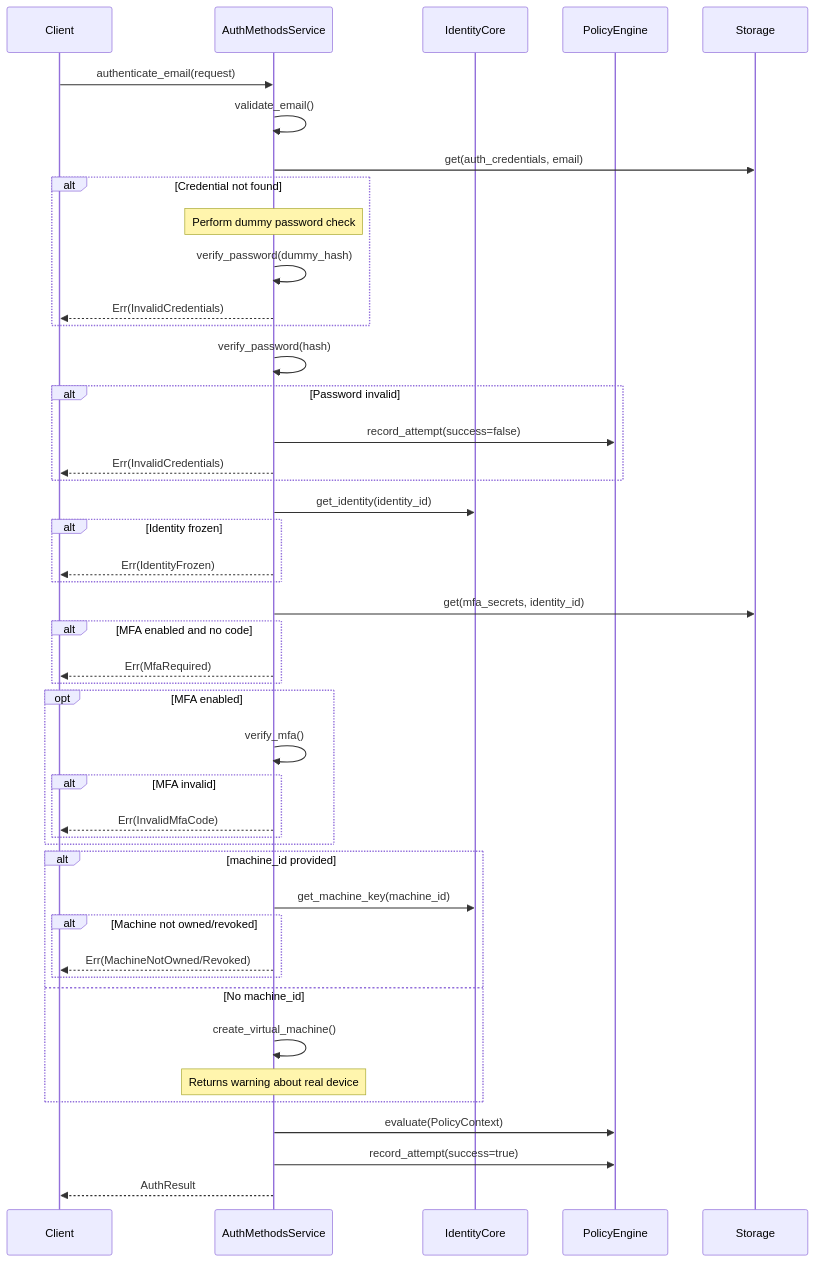
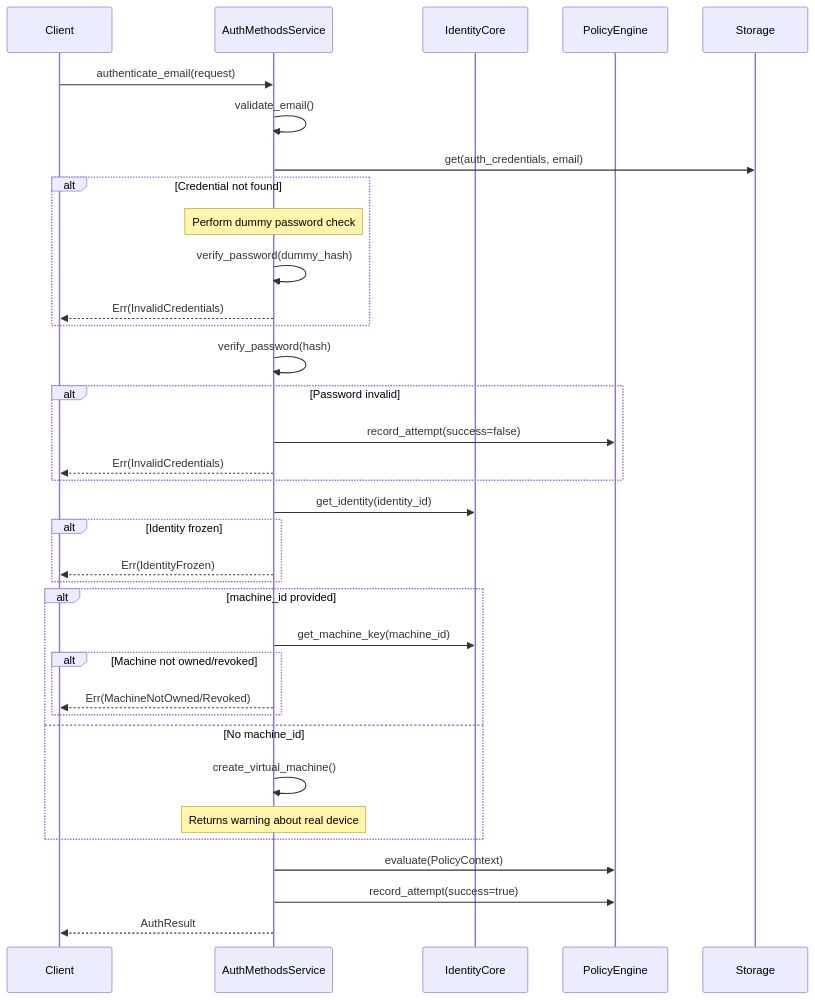
One commit to cypher-asi/zero-auth changed the sixth of 8 diagrams in docs/spec/v0.1.0/07-methods.md. Above: the diagram before and after it, drawn with Mermaid. The commit also changed other lines of this file and 126 other files, not shown here.

````diff
--- a/docs/spec/v0.1.0/07-methods.md
+++ b/docs/spec/v0.1.0/07-methods.md
@@ -630,59 +561,46 @@
 ```mermaid
 sequenceDiagram
     participant Client
     participant Methods as AuthMethodsService
     participant Identity as IdentityCore
     participant Policy as PolicyEngine
     participant Storage
     
     Client->>Methods: authenticate_email(request)
     Methods->>Methods: validate_email()
     
     Methods->>Storage: get(auth_credentials, email)
     
     alt Credential not found
         Note over Methods: Perform dummy password check
         Methods->>Methods: verify_password(dummy_hash)
         Methods-->>Client: Err(InvalidCredentials)
     end
     
     Methods->>Methods: verify_password(hash)
     
     alt Password invalid
         Methods->>Policy: record_attempt(success=false)
         Methods-->>Client: Err(InvalidCredentials)
     end
     
     Methods->>Identity: get_identity(identity_id)
     
     alt Identity frozen
         Methods-->>Client: Err(IdentityFrozen)
     end
     
-    Methods->>Storage: get(mfa_secrets, identity_id)
-    
-    alt MFA enabled and no code
-        Methods-->>Client: Err(MfaRequired)
-    end
-    
-    opt MFA enabled
-        Methods->>Methods: verify_mfa()
-        alt MFA invalid
-            Methods-->>Client: Err(InvalidMfaCode)
-        end
-    end
-    
     alt machine_id provided
         Methods->>Identity: get_machine_key(machine_id)
         alt Machine not owned/revoked
             Methods-->>Client: Err(MachineNotOwned/Revoked)
         end
     else No machine_id
         Methods->>Methods: create_virtual_machine()
         Note over Methods: Returns warning about real device
     end
     
     Methods->>Policy: evaluate(PolicyContext)
     Methods->>Policy: record_attempt(success=true)
     Methods-->>Client: AuthResult
 ```
````
